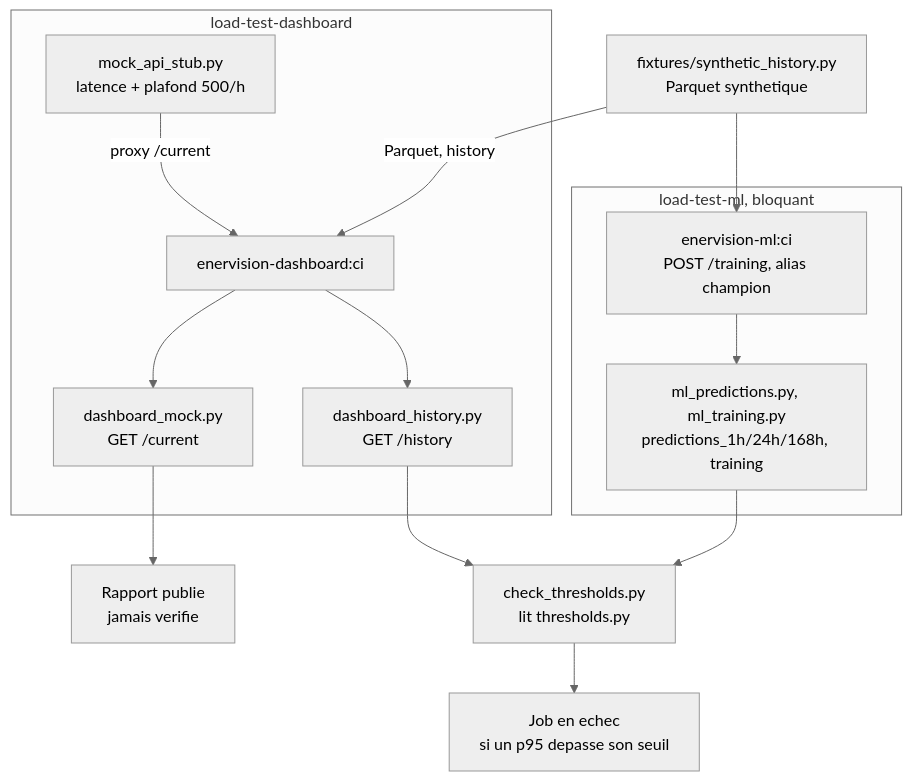
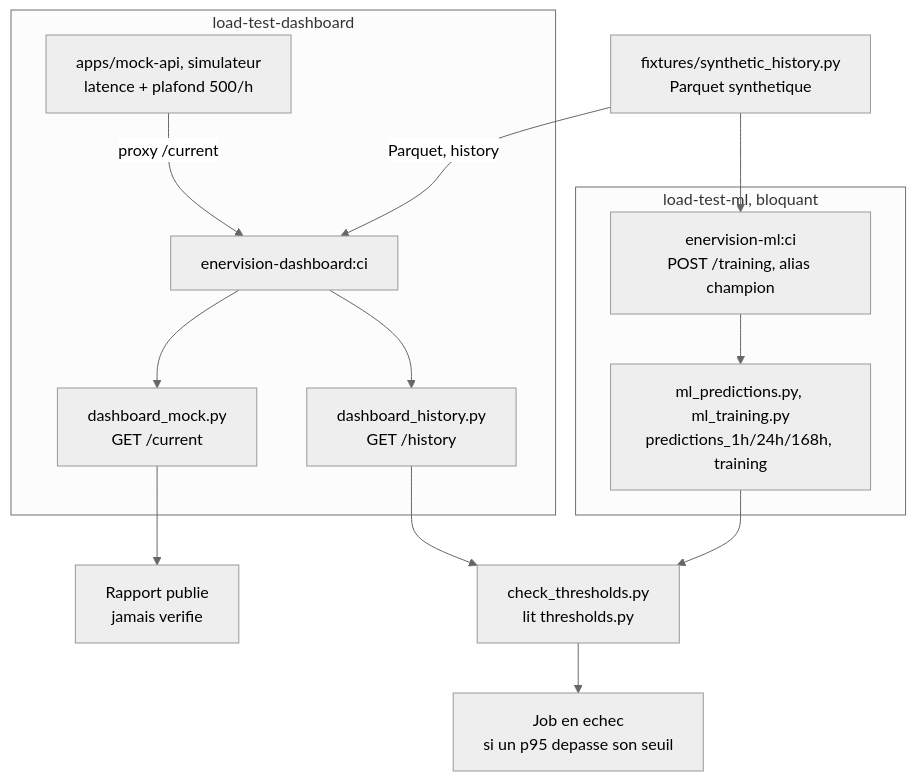
Before and after one commit to AlexRovere/smart-energy-optimizer: the diagram in docs/ci-cd.md, drawn with Mermaid (neutral theme). The commit also changed other lines of this file and 4 other files, not shown here.

First line of the commit message:
ci(charge): remplacer le stub de l'API Mock par le simulateur

````diff
--- a/docs/ci-cd.md
+++ b/docs/ci-cd.md
@@ -107,30 +107,30 @@
 ```mermaid
 flowchart TB
     FIX["fixtures/synthetic_history.py<br/>Parquet synthetique"]
 
     subgraph JOBML["load-test-ml, bloquant"]
         MLC["enervision-ml:ci<br/>POST /training, alias champion"]
         MLL["ml_predictions.py, ml_training.py<br/>predictions_1h/24h/168h, training"]
         MLC --> MLL
     end
 
     subgraph JOBDASH["load-test-dashboard"]
-        STUB["mock_api_stub.py<br/>latence + plafond 500/h"]
+        STUB["apps/mock-api, simulateur<br/>latence + plafond 500/h"]
         DASH["enervision-dashboard:ci"]
         LH["dashboard_history.py<br/>GET /history"]
         LM["dashboard_mock.py<br/>GET /current"]
         STUB -->|proxy /current| DASH
         DASH --> LH
         DASH --> LM
     end
 
     FIX --> MLC
     FIX -->|Parquet, history| DASH
 
     CHECK["check_thresholds.py<br/>lit thresholds.py"]
     MLL --> CHECK
     LH --> CHECK
     CHECK --> FAIL["Job en echec<br/>si un p95 depasse son seuil"]
 
     LM --> REPORT["Rapport publie<br/>jamais verifie"]
 ```
````
